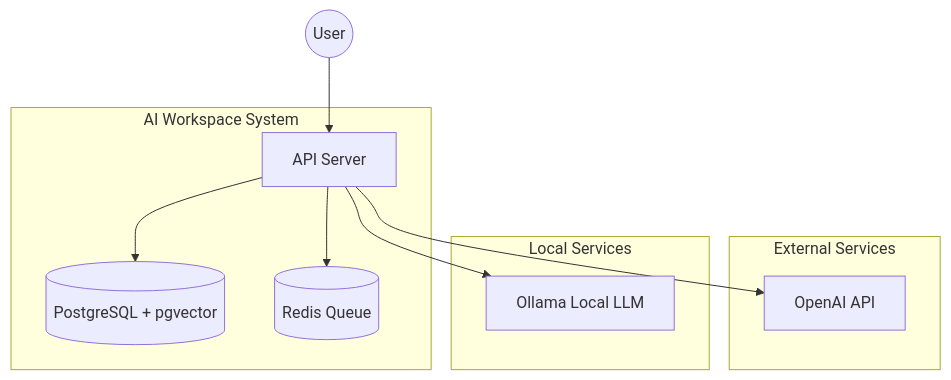
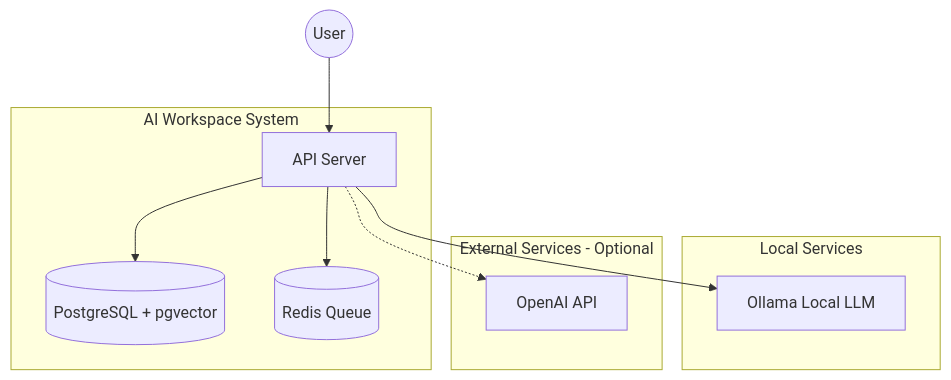
Before and after one commit to SudarshanKomar/foliun: the first of 4 diagrams in docs/architecture/system-overview.md, drawn with Mermaid. The commit also changed other lines of this file and 35 other files, not shown here.

````diff
--- a/docs/architecture/system-overview.md
+++ b/docs/architecture/system-overview.md
@@ -48,22 +48,22 @@
 ```mermaid
 graph TB
     User((User)) --> API[API Server]
     API --> PostgreSQL[(PostgreSQL + pgvector)]
     API --> Redis[(Redis Queue)]
-    API --> OpenAI[OpenAI API]
     API --> Ollama[Ollama Local LLM]
+    API -.-> OpenAI[OpenAI API]
     
     subgraph "AI Workspace System"
         API
         PostgreSQL
         Redis
     end
     
-    subgraph "External Services"
-        OpenAI
-    end
-    
     subgraph "Local Services"
         Ollama
     end
+    
+    subgraph "External Services - Optional"
+        OpenAI
+    end
 ```
````
